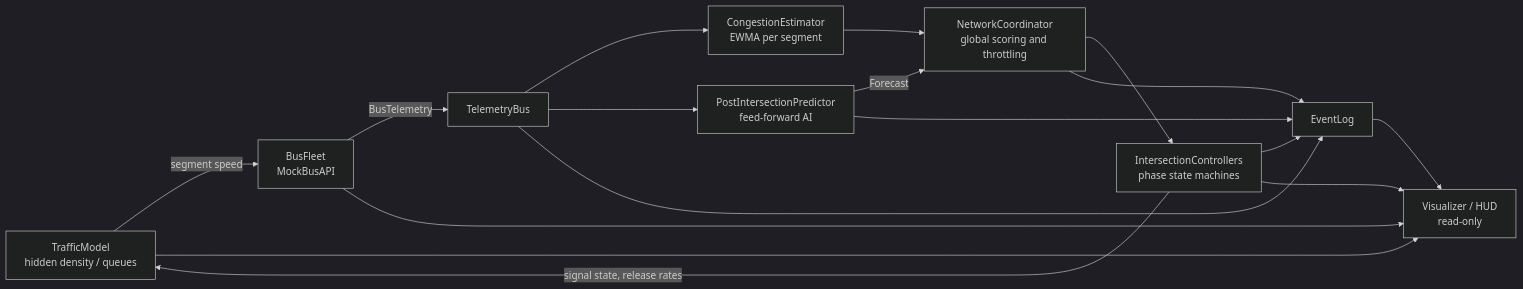
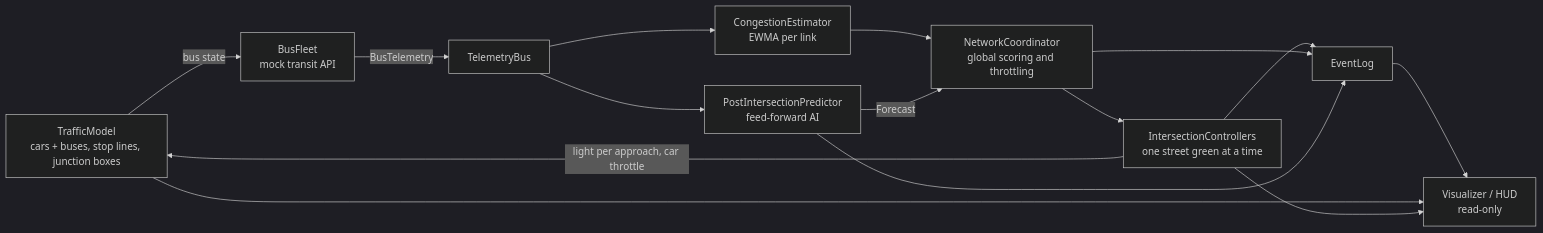
One commit to boghidam/NetPicat-Hackathon-Project changed the first of 2 diagrams in ARCHITECTURE.md. Above: the diagram before and after it, drawn with Mermaid (dark theme). The commit also changed other lines of this file and 18 other files, not shown here.

First line of the commit message:
Add cars, stop lines and one-street-at-a-time signal phases

````diff
--- a/ARCHITECTURE.md
+++ b/ARCHITECTURE.md
@@ -15,19 +15,17 @@
 ```mermaid
 flowchart LR
-    TM[TrafficModel<br/>hidden density / queues] -->|segment speed| BF[BusFleet<br/>MockBusAPI]
+    W[TrafficModel<br/>cars + buses, stop lines, junction boxes] -->|bus state| BF[BusFleet<br/>mock transit API]
     BF -->|BusTelemetry| TB[TelemetryBus]
-    TB --> CE[CongestionEstimator<br/>EWMA per segment]
+    TB --> CE[CongestionEstimator<br/>EWMA per link]
     TB --> PR[PostIntersectionPredictor<br/>feed-forward AI]
     CE --> NC[NetworkCoordinator<br/>global scoring and throttling]
     PR -->|Forecast| NC
-    NC --> IC[IntersectionControllers<br/>phase state machines]
-    IC -->|signal state, release rates| TM
+    NC --> IC[IntersectionControllers<br/>one street green at a time]
+    IC -->|light per approach, car throttle| W
     IC --> EL[EventLog]
     NC --> EL
     PR --> EL
-    TB --> EL
     EL --> VIZ[Visualizer / HUD<br/>read-only]
-    TM --> VIZ
-    BF --> VIZ
+    W --> VIZ
     IC --> VIZ
 ```
````
